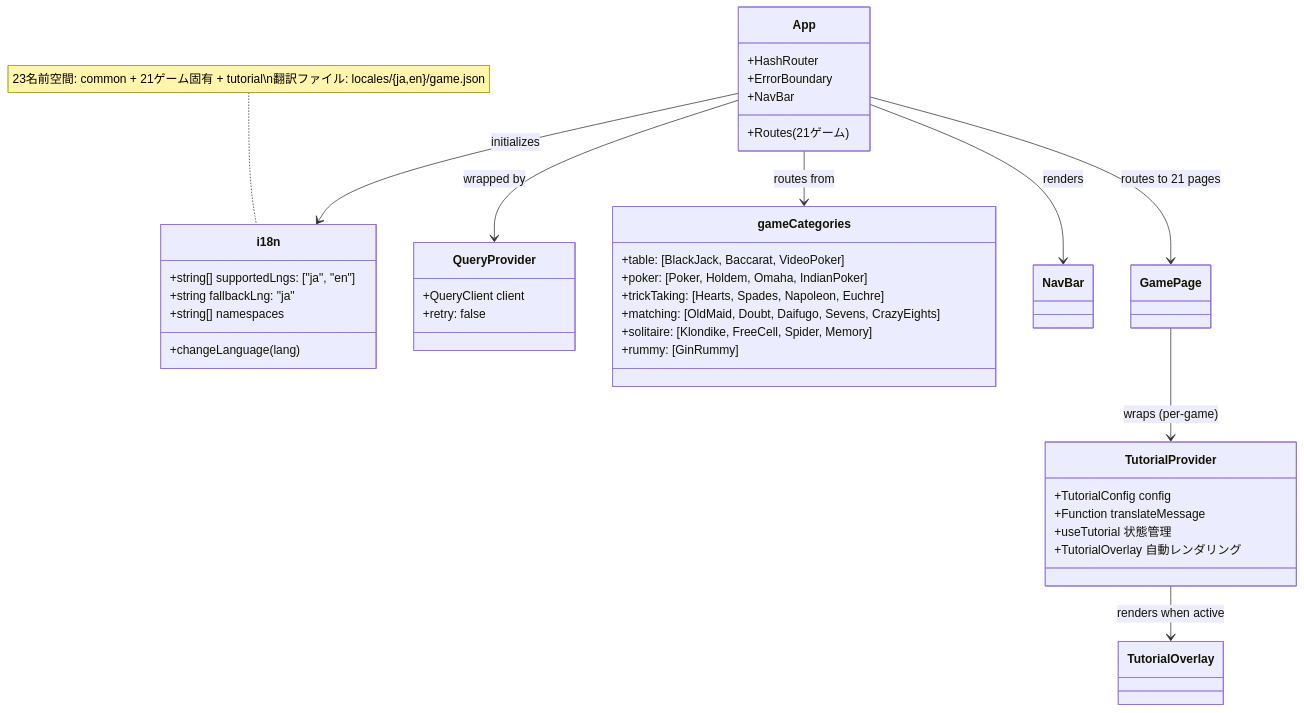
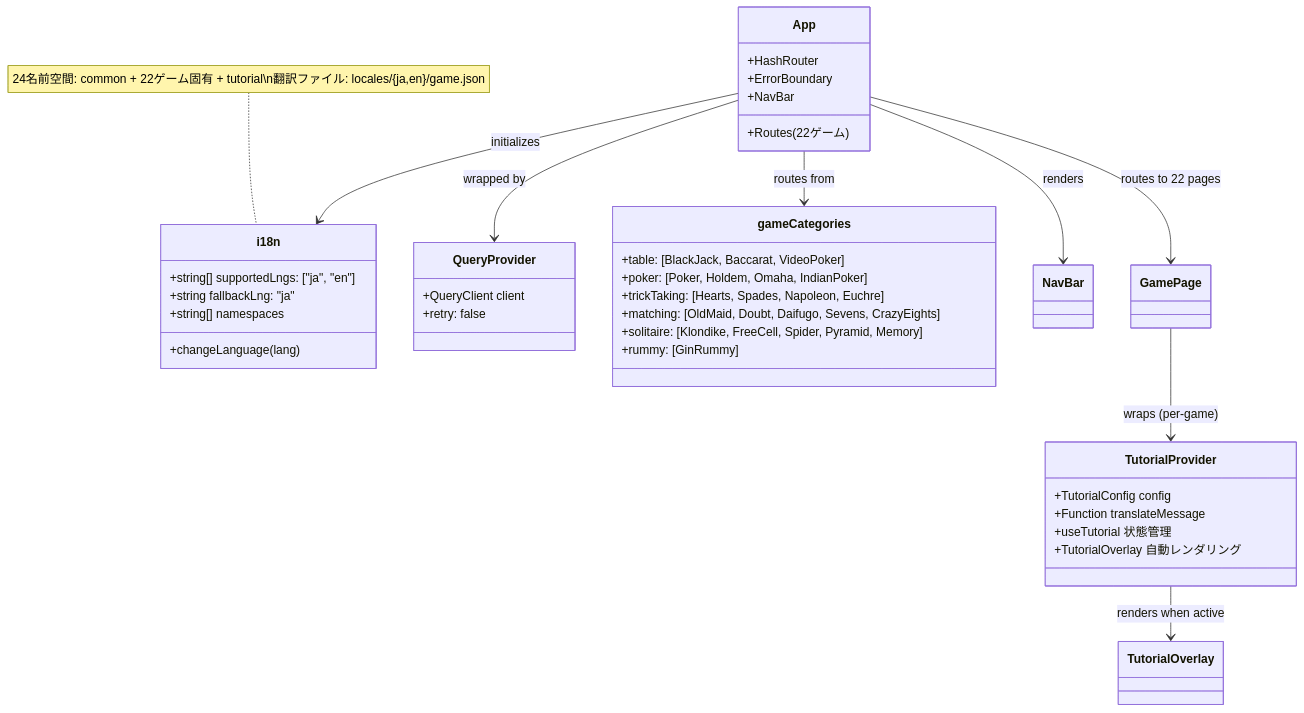
Before and after one commit to yuta-yoshinaga/go_trumpcards: the eighth of 18 diagrams in docs/design/frontend.md, drawn with Mermaid. The commit also changed other lines of this file and 51 other files, not shown here.

First line of the commit message:
feat: add Pyramid (ピラミッド) solitaire game

````diff
--- a/docs/design/frontend.md
+++ b/docs/design/frontend.md
@@ -681,47 +724,47 @@
 ```mermaid
 classDiagram
     class i18n {
         +string[] supportedLngs: ["ja", "en"]
         +string fallbackLng: "ja"
         +string[] namespaces
         +changeLanguage(lang)
     }
 
     class QueryProvider {
         +QueryClient client
         +retry: false
     }
 
     class App {
         +HashRouter
         +ErrorBoundary
         +NavBar
-        +Routes (21ゲーム)
+        +Routes (22ゲーム)
     }
 
     class gameCategories {
         +table: [BlackJack, Baccarat, VideoPoker]
         +poker: [Poker, Holdem, Omaha, IndianPoker]
         +trickTaking: [Hearts, Spades, Napoleon, Euchre]
         +matching: [OldMaid, Doubt, Daifugo, Sevens, CrazyEights]
-        +solitaire: [Klondike, FreeCell, Spider, Memory]
+        +solitaire: [Klondike, FreeCell, Spider, Pyramid, Memory]
         +rummy: [GinRummy]
     }
 
     class TutorialProvider {
         +TutorialConfig config
         +Function translateMessage
         +useTutorial 状態管理
         +TutorialOverlay 自動レンダリング
     }
 
     App --> QueryProvider : wrapped by
     App --> i18n : initializes
     App --> gameCategories : routes from
     App --> NavBar : renders
-    App --> GamePage : routes to 21 pages
+    App --> GamePage : routes to 22 pages
     GamePage --> TutorialProvider : wraps (per-game)
     TutorialProvider --> TutorialOverlay : renders when active
 
-    note for i18n "23名前空間: common + 21ゲーム固有 + tutorial\n翻訳ファイル: locales/{ja,en}/game.json"
+    note for i18n "24名前空間: common + 22ゲーム固有 + tutorial\n翻訳ファイル: locales/{ja,en}/game.json"
 ```
````
